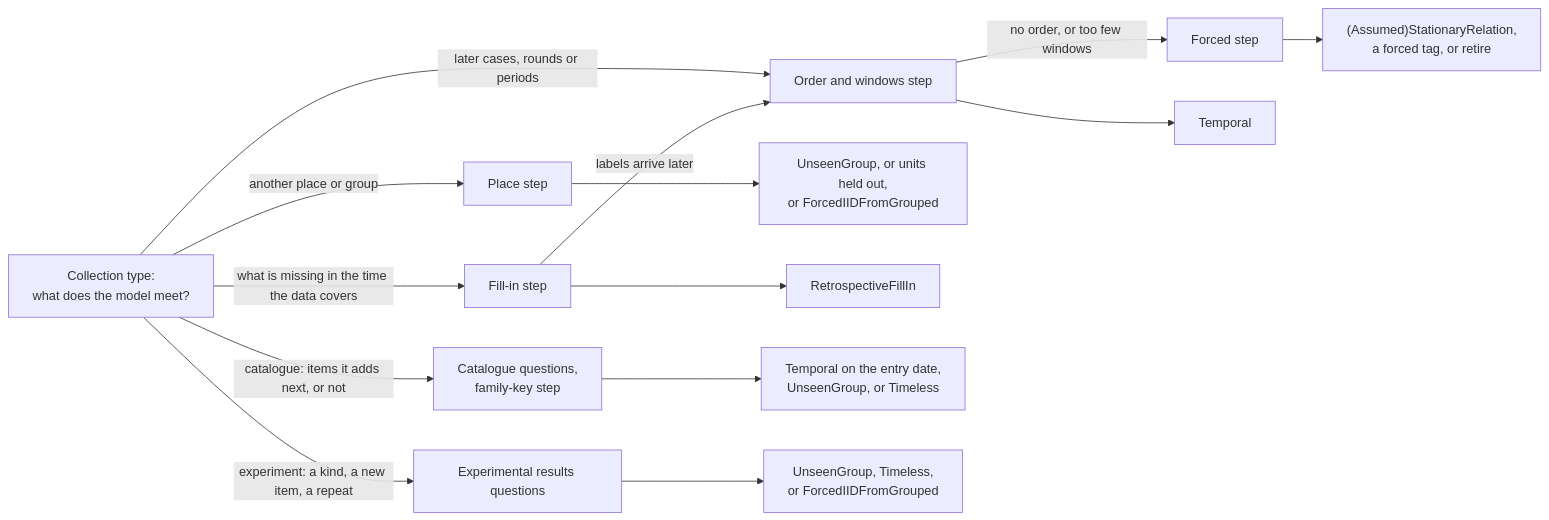
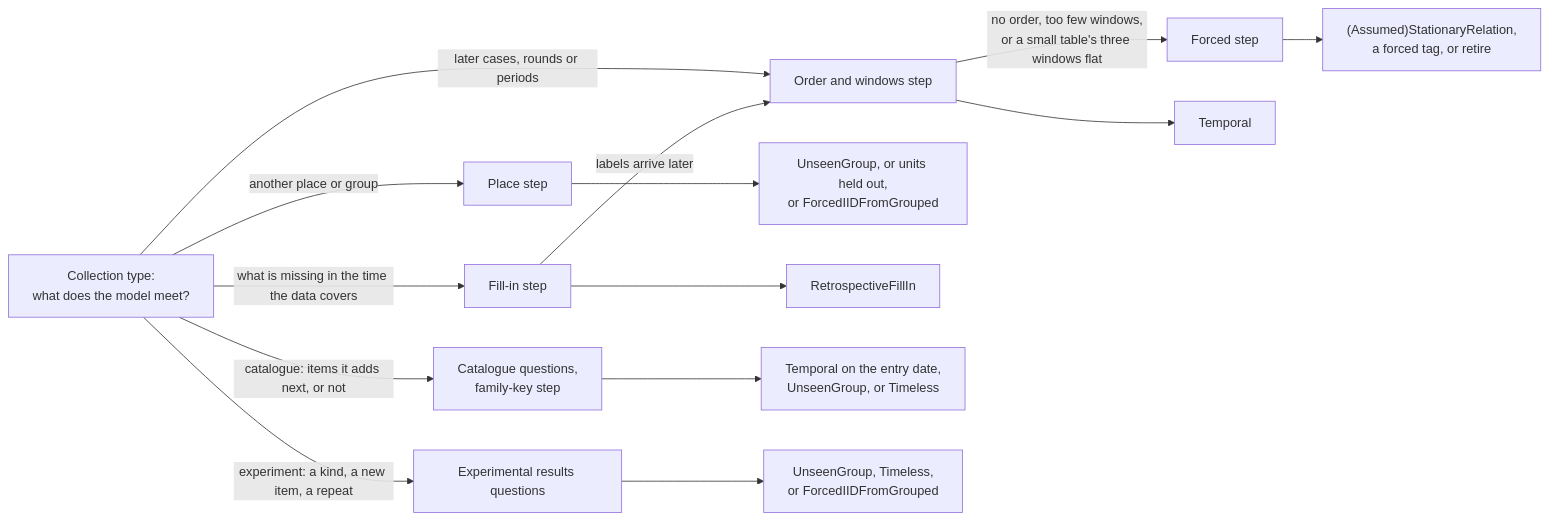
Before and after one commit to TabArena/data-foundry: the diagram in .claude/skills/knowledge-curation/references/split_tree.md, drawn with Mermaid. The commit also changed other lines of this file and 2 other files, not shown here.

First line of the commit message:
Small tables with only three windows get the stationary-relation test

````diff
--- a/.claude/skills/knowledge-curation/references/split_tree.md
+++ b/.claude/skills/knowledge-curation/references/split_tree.md
@@ -88,16 +88,16 @@
 ```mermaid
 flowchart LR
   T["Collection type:<br/>what does the model meet?"] -->|"another place or group"| P["Place step"]
   T -->|"what is missing in the time the data covers"| F["Fill-in step"]
   T -->|"later cases, rounds or periods"| O["Order and windows step"]
   T -->|"catalogue: items it adds next, or not"| K["Catalogue questions,<br/>family-key step"]
   T -->|"experiment: a kind, a new item, a repeat"| E["Experimental results questions"]
   F -->|"labels arrive later"| O
-  O -->|"no order, or too few windows"| X["Forced step"]
+  O -->|"no order, too few windows,<br/>or a small table's three windows flat"| X["Forced step"]
   P --> LP["UnseenGroup, or units held out,<br/>or ForcedIIDFromGrouped"]
   F --> LF["RetrospectiveFillIn"]
   O --> LO["Temporal"]
   X --> LX["(Assumed)StationaryRelation,<br/>a forced tag, or retire"]
   K --> LK["Temporal on the entry date,<br/>UnseenGroup, or Timeless"]
   E --> LE["UnseenGroup, Timeless,<br/>or ForcedIIDFromGrouped"]
 ```
````
